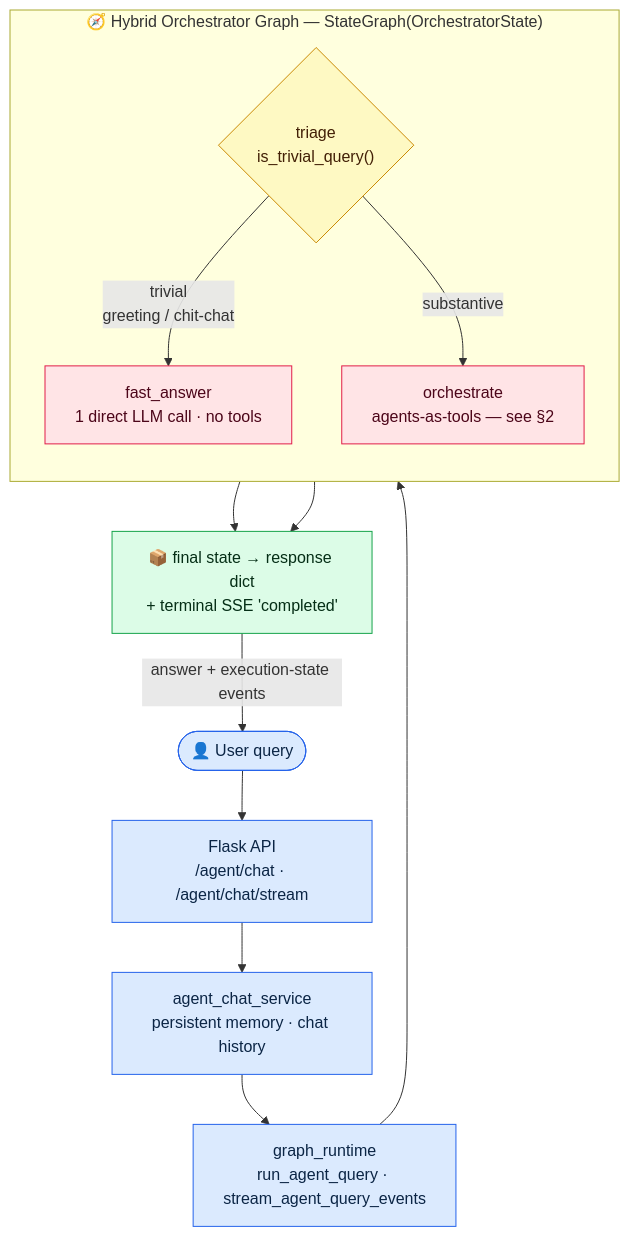
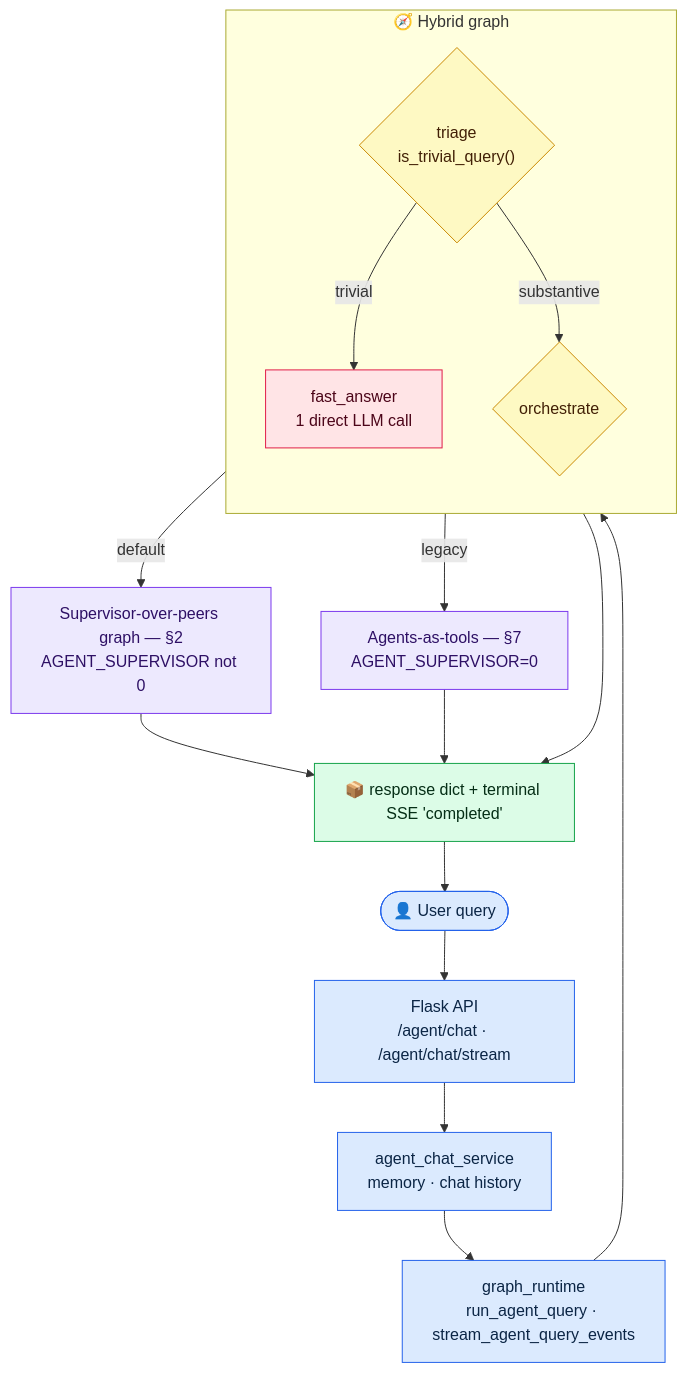
The first of 7 diagrams in agent_runtime/agent_architecture.md (I-GUIDE/I-GUIDE_AI), drawn with Mermaid before and after one commit. The commit also changed other lines of this file and 16 other files, not shown here.

````diff
--- a/agent_runtime/agent_architecture.md
+++ b/agent_runtime/agent_architecture.md
@@ -13,25 +14,29 @@
 ```mermaid
 flowchart TD
     classDef entry fill:#dbeafe,stroke:#2563eb,color:#0b2545;
     classDef decision fill:#fef9c3,stroke:#ca8a04,color:#422006;
     classDef agent fill:#ffe4e6,stroke:#e11d48,color:#4c0519;
+    classDef gph fill:#ede9fe,stroke:#7c3aed,color:#2e1065;
     classDef out fill:#dcfce7,stroke:#16a34a,color:#052e16;
 
     U(["👤 User query"]):::entry
     U --> FL["Flask API<br/>/agent/chat · /agent/chat/stream"]:::entry
-    FL --> SVC["agent_chat_service<br/>persistent memory · chat history"]:::entry
+    FL --> SVC["agent_chat_service<br/>memory · chat history"]:::entry
     SVC --> GR["graph_runtime<br/>run_agent_query · stream_agent_query_events"]:::entry
     GR --> HG
 
-    subgraph HG["🧭 Hybrid Orchestrator Graph — StateGraph(OrchestratorState)"]
+    subgraph HG["🧭 Hybrid graph"]
         direction TB
         TRI{"triage<br/>is_trivial_query()"}:::decision
-        TRI -->|"trivial<br/>greeting / chit-chat"| FAST["fast_answer<br/>1 direct LLM call · no tools"]:::agent
-        TRI -->|"substantive"| ORCH["orchestrate<br/>agents-as-tools — see §2"]:::agent
+        TRI -->|trivial| FAST["fast_answer<br/>1 direct LLM call"]:::agent
+        TRI -->|substantive| ORCH{"orchestrate"}:::decision
     end
 
-    FAST --> OUT
-    ORCH --> OUT
-    OUT["📦 final state → response dict<br/>+ terminal SSE 'completed'"]:::out
-    OUT -->|"answer + execution-state events"| U
+    ORCH -->|default| SUP["Supervisor-over-peers graph — §2<br/>AGENT_SUPERVISOR not 0"]:::gph
+    ORCH -->|legacy| AAT["Agents-as-tools — §7<br/>AGENT_SUPERVISOR=0"]:::gph
+
+    FAST --> OUT["📦 response dict + terminal SSE 'completed'"]:::out
+    SUP --> OUT
+    AAT --> OUT
+    OUT --> U
 ```
````
